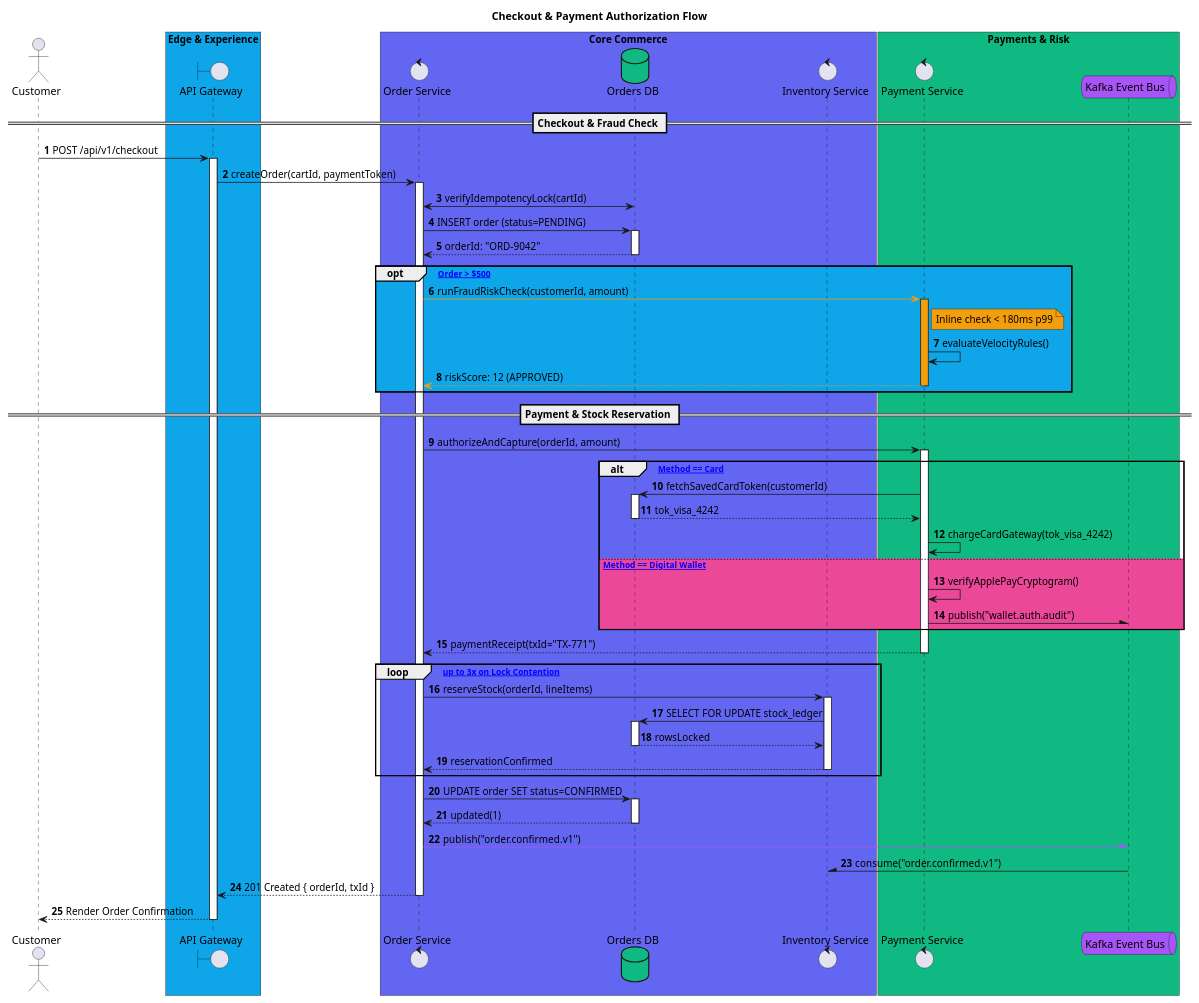
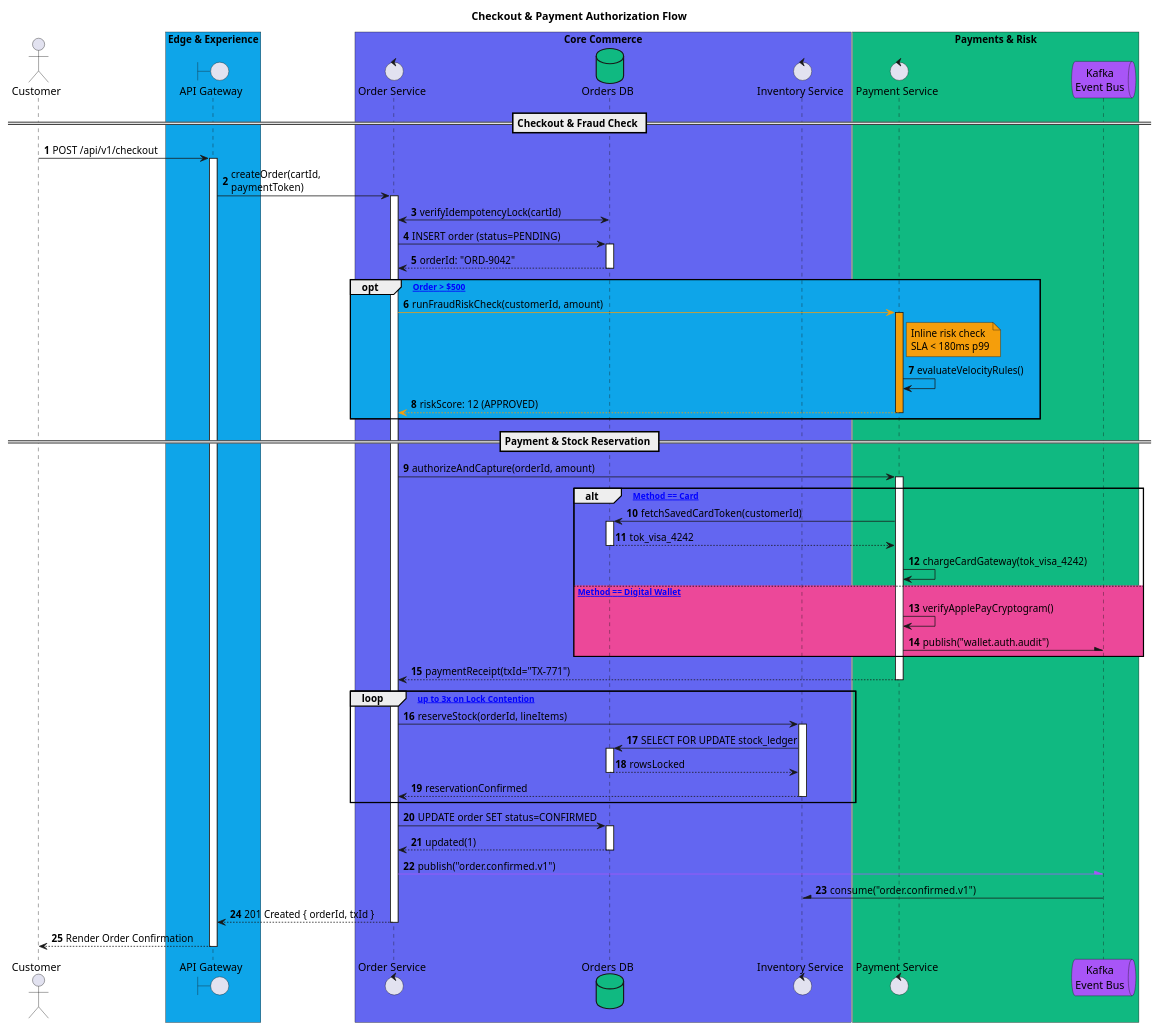
The diagram in examples/checkout-payment-auth.puml (Trinition/umlens), drawn with PlantUML before and after one commit. The commit also changed 2 other files, not shown here.

Commit message:
style: improve diagram readability
Add manual line breaks to labels and participant names in sequence diagrams to prevent text overflow and improve visual layout.

```diff
--- a/examples/checkout-payment-auth.puml
+++ b/examples/checkout-payment-auth.puml
@@ -1,77 +1,77 @@
 @startuml CheckoutAndPaymentAuth
 title Checkout & Payment Authorization Flow
 autonumber
 
 actor Customer
 
 box "Edge & Experience" #0ea5e9
   boundary "API Gateway" as GW
 end box
 
 box "Core Commerce" #6366f1
   control "Order Service" as OrderSvc
   database "Orders DB" as OrdersDB #10b981
   control "Inventory Service" as InvSvc
 end box
 
 box "Payments & Risk" #10b981
   control "Payment Service" as PaySvc
-  queue "Kafka Event Bus" as Kafka #a855f7
+  queue "Kafka\nEvent Bus" as Kafka #a855f7
 end box
 
 == Checkout & Fraud Check ==
 
 ' @contract: POST /api/v1/checkout | Auth: Bearer JWT | Idempotency-Key required
 ' @question[open]: Should edge rate-limiting enforce 10 req/min per customerId or IP?
 Customer -> GW ++ : POST /api/v1/checkout
 
 ' @contract: gRPC OrderService.CreateOrder(cartId, paymentToken) | Timeout: 1200ms
-GW -> OrderSvc ++ : createOrder(cartId, paymentToken)
+GW -> OrderSvc ++ : createOrder(cartId,\npaymentToken)
 
 OrderSvc <-> OrdersDB : verifyIdempotencyLock(cartId)
 OrderSvc -> OrdersDB ++ : INSERT order (status=PENDING)
 OrdersDB --> OrderSvc -- : orderId: "ORD-9042"
 
 opt #0ea5e9 [High-Value Order > $500]
   ' @contract: Sync Risk Scoring | SLA: p99 < 180ms | Fallback: Soft-approve
   ' @decision: Run synchronous fraud check inline before card capture for orders > $500
   OrderSvc -[#f59e0b]> PaySvc ++ #f59e0b : runFraudRiskCheck(customerId, amount)
-  note right of PaySvc #f59e0b : Inline check < 180ms p99
+  note right of PaySvc #f59e0b : Inline risk check\nSLA < 180ms p99
   PaySvc -> PaySvc : evaluateVelocityRules()
   return riskScore: 12 (APPROVED)
 end
 
 == Payment & Stock Reservation ==
 
 ' @contract: POST /internal/v2/payments/authorize | Retry: None (non-idempotent)
 ' @question[resolved]: Which gateway handles 3DS2 challenge redirects? -> Delegated to PaySvc token vault
 OrderSvc -> PaySvc ++ : authorizeAndCapture(orderId, amount)
 
 alt [Payment Method == Card]
   PaySvc -> OrdersDB ++ : fetchSavedCardToken(customerId)
   OrdersDB --> PaySvc -- : tok_visa_4242
   PaySvc -> PaySvc : chargeCardGateway(tok_visa_4242)
 else #ec4899 [Payment Method == Digital Wallet]
   PaySvc -> PaySvc : verifyApplePayCryptogram()
   PaySvc -\ Kafka : publish("wallet.auth.audit")
 end
 
 PaySvc --> OrderSvc -- : paymentReceipt(txId="TX-771")
 
 loop [Retry up to 3x on Lock Contention]
   OrderSvc -> InvSvc ++ : reserveStock(orderId, lineItems)
   InvSvc -> OrdersDB ++ : SELECT FOR UPDATE stock_ledger
   OrdersDB --> InvSvc -- : rowsLocked
   InvSvc --> OrderSvc -- : reservationConfirmed
 end
 
 OrderSvc -> OrdersDB ++ : UPDATE order SET status=CONFIRMED
 OrdersDB --> OrderSvc -- : updated(1)
 
 ' @contract: Topic: order.confirmed.v1 | Schema: Avro v3 | PartitionKey: orderId
 OrderSvc -[#a855f7]\ Kafka : publish("order.confirmed.v1")
 Kafka -\ InvSvc : consume("order.confirmed.v1")
 
 OrderSvc --> GW -- : 201 Created { orderId, txId }
 GW --> Customer -- : Render Order Confirmation
 @enduml
```
